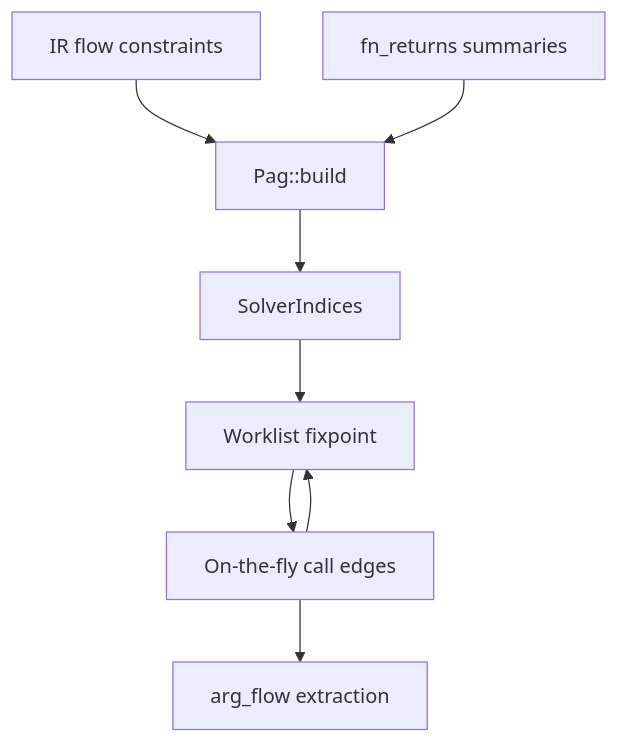
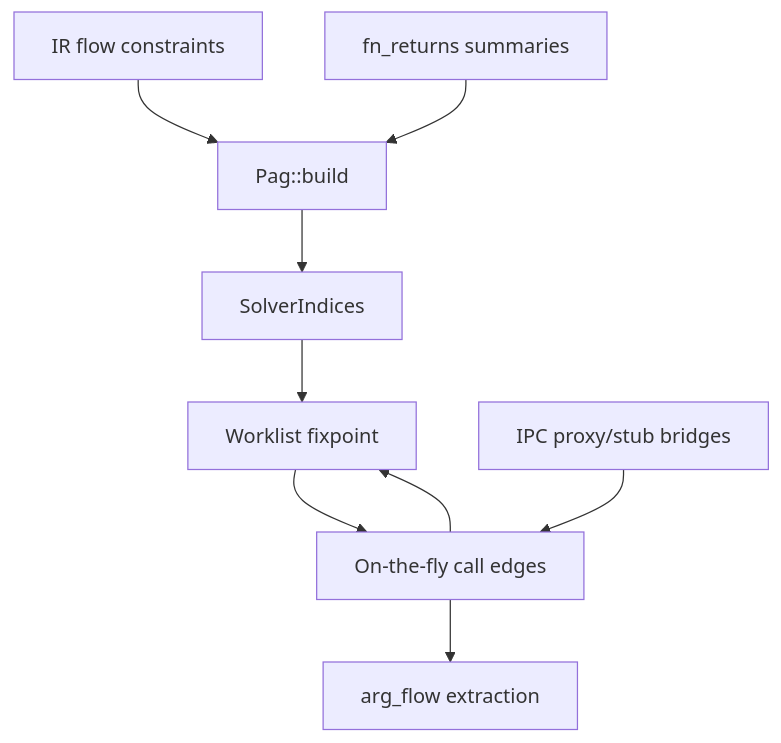
One commit to ArcsinX/pathologist changed the diagram in docs/ANALYSIS.md. Above: the diagram before and after it, drawn with Mermaid. The commit also changed other lines of this file and 15 other files, not shown here.

````diff
--- a/docs/ANALYSIS.md
+++ b/docs/ANALYSIS.md
@@ -17,17 +17,19 @@
 ```mermaid
 flowchart TD
   Flow[IR flow constraints]
   Ret[fn_returns summaries]
   PAG[Pag::build]
   Idx[SolverIndices]
   WL[Worklist fixpoint]
   CG[On-the-fly call edges]
+  IPC[IPC proxy/stub bridges]
   AF[arg_flow extraction]
 
   Flow --> PAG
   Ret --> PAG
   PAG --> Idx --> WL
   WL --> CG
+  IPC --> CG
   CG --> WL
   CG --> AF
 ```
````
